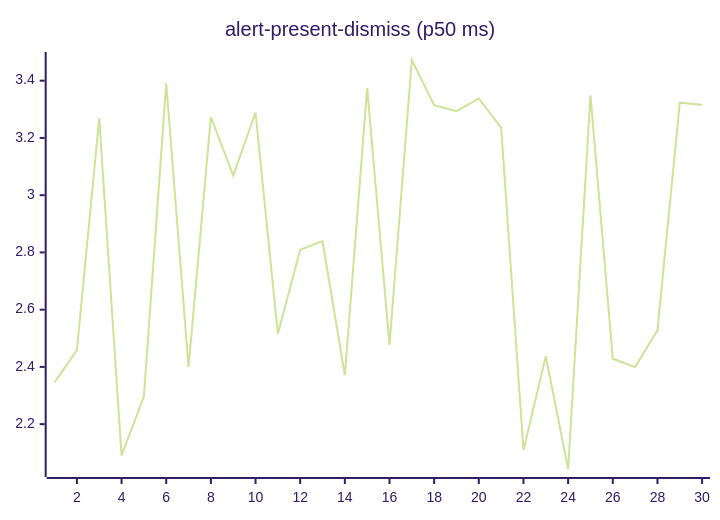
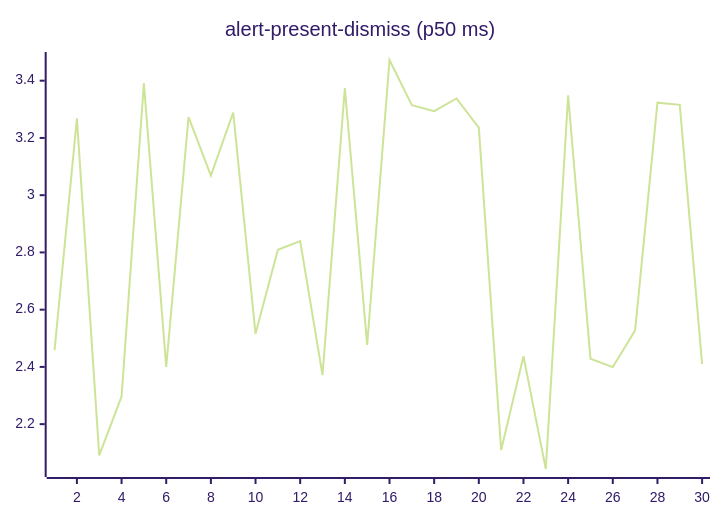
One commit to josha/Facet changed the second of 27 diagrams in README.md. Above: the diagram before and after it, drawn with Mermaid (forest theme). The commit also changed other lines of this file and 2 other files, not shown here.

````diff
--- a/README.md
+++ b/README.md
@@ -70,6 +70,6 @@
 ```mermaid
 xychart-beta
     title "alert-present-dismiss (p50 ms)"
     x-axis 1 --> 30
-    line [2.3455, 2.4588, 3.2682, 2.0908, 2.2965, 3.3910, 2.4000, 3.2732, 3.0684, 3.2888, 2.5156, 2.8095, 2.8395, 2.3714, 3.3741, 2.4770, 3.4723, 3.3142, 3.2934, 3.3378, 3.2358, 2.1094, 2.4372, 2.0433, 3.3486, 2.4287, 2.3992, 2.5276, 3.3233, 3.3156]
+    line [2.4588, 3.2682, 2.0908, 2.2965, 3.3910, 2.4000, 3.2732, 3.0684, 3.2888, 2.5156, 2.8095, 2.8395, 2.3714, 3.3741, 2.4770, 3.4723, 3.3142, 3.2934, 3.3378, 3.2358, 2.1094, 2.4372, 2.0433, 3.3486, 2.4287, 2.3992, 2.5276, 3.3233, 3.3156, 2.4099]
 ```
````
